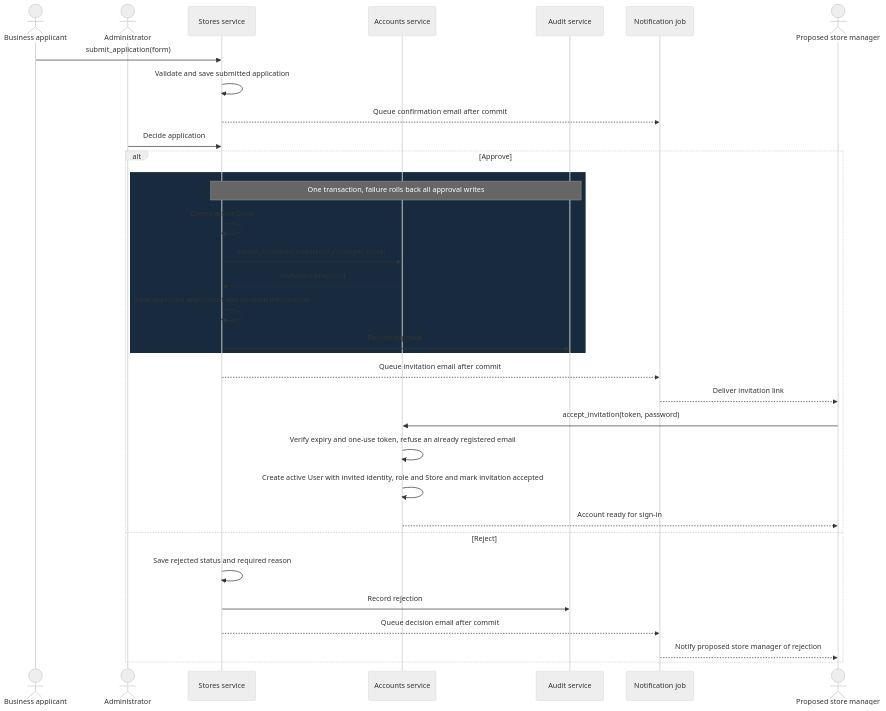
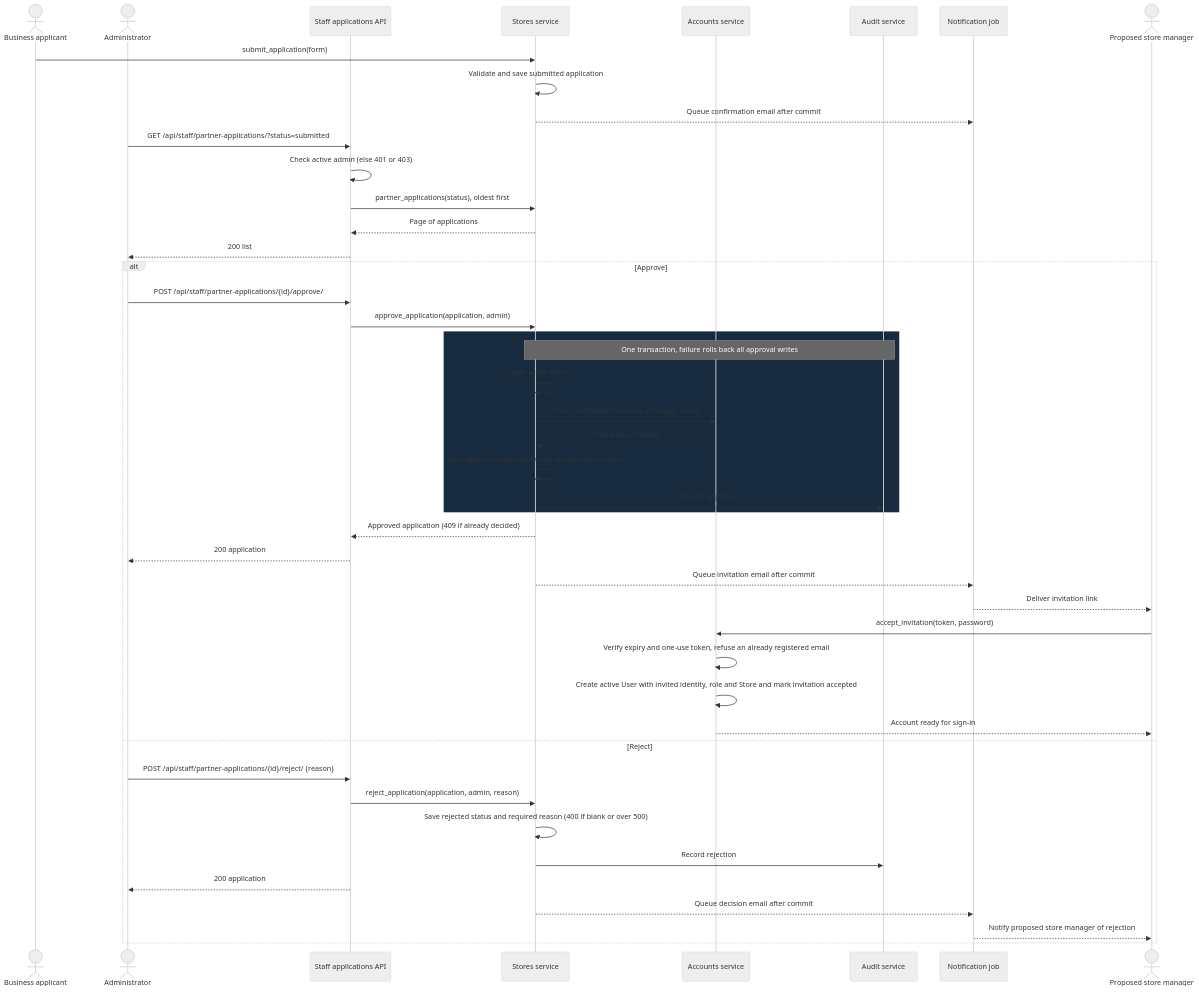
One commit to B-A-D-R-SL/iris changed the seventh of 10 diagrams in docs/04-architecture/architecture.md. Above: the diagram before and after it, drawn with Mermaid (neutral theme). The commit also changed other lines of this file and 13 other files, not shown here.

First line of the commit message:
T-02.13.3 feat(stores): add the admin partner applications API

````diff
--- a/docs/04-architecture/architecture.md
+++ b/docs/04-architecture/architecture.md
@@ -428,40 +428,52 @@
 ```mermaid
 sequenceDiagram
     actor B as Business applicant
     actor AD as Administrator
+    participant API as Staff applications API
     participant S as Stores service
     participant AC as Accounts service
     participant A as Audit service
     participant N as Notification job
     actor M as Proposed store manager
 
     B->>S: submit_application(form)
     S->>S: Validate and save submitted application
     S-->>N: Queue confirmation email after commit
 
-    AD->>S: Decide application
+    AD->>API: GET /api/staff/partner-applications/?status=submitted
+    API->>API: Check active admin (else 401 or 403)
+    API->>S: partner_applications(status), oldest first
+    S-->>API: Page of applications
+    API-->>AD: 200 list
 
     alt Approve
+        AD->>API: POST /api/staff/partner-applications/{id}/approve/
+        API->>S: approve_application(application, admin)
         rect rgb(24, 42, 62)
             Note over S,A: One transaction, failure rolls back all approval writes
             S->>S: Create active Store
             S->>AC: create_invitation(role=store_manager, store)
             AC-->>S: Invitation prepared
             S->>S: Save approved application and decision information
             S->>A: Record approval
         end
+        S-->>API: Approved application (409 if already decided)
+        API-->>AD: 200 application
 
         S-->>N: Queue invitation email after commit
         N-->>M: Deliver invitation link
 
         M->>AC: accept_invitation(token, password)
         AC->>AC: Verify expiry and one-use token, refuse an already registered email
         AC->>AC: Create active User with invited identity, role and Store and mark invitation accepted
         AC-->>M: Account ready for sign-in
     else Reject
-        S->>S: Save rejected status and required reason
+        AD->>API: POST /api/staff/partner-applications/{id}/reject/ {reason}
+        API->>S: reject_application(application, admin, reason)
+        S->>S: Save rejected status and required reason (400 if blank or over 500)
         S->>A: Record rejection
+        API-->>AD: 200 application
         S-->>N: Queue decision email after commit
         N-->>M: Notify proposed store manager of rejection
     end
 ```
````
